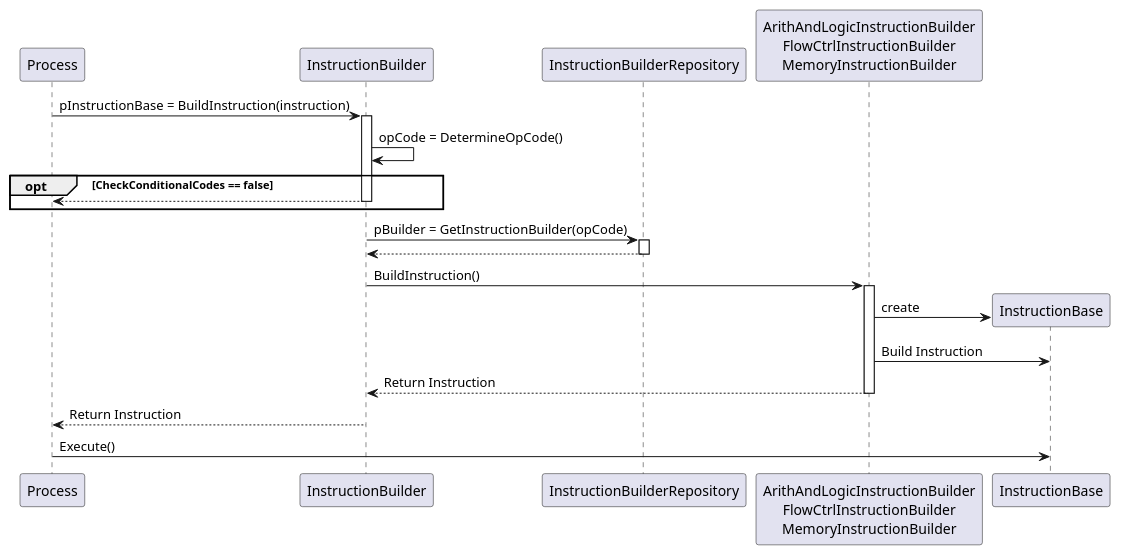
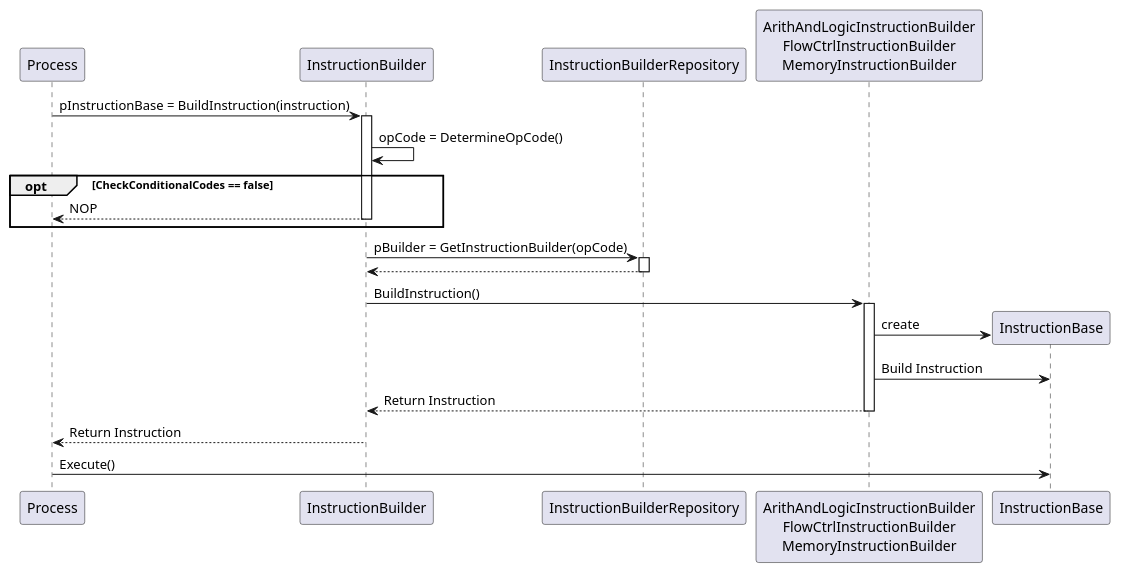
Before and after one commit to KaravolisL/ARM-ISA-Simulator: the first of 3 diagrams in docs/Instruction_Execution.md, drawn with PlantUML. The commit also changed other lines of this file and 32 other files, not shown here.

````diff
--- a/docs/Instruction_Execution.md
+++ b/docs/Instruction_Execution.md
@@ -3,33 +3,33 @@
 ```plantuml
 @startuml
 
 participant Process
 participant InstructionBuilder as IB
 participant InstructionBuilderRepository as IBR
 participant "ArithAndLogicInstructionBuilder\nFlowCtrlInstructionBuilder\nMemoryInstructionBuilder" as builders
 participant InstructionBase as base
 
 Process -> IB: pInstructionBase = BuildInstruction(instruction)
 activate IB
 
 IB -> IB: opCode = DetermineOpCode()
 
 opt CheckConditionalCodes == false
-return
+return NOP
 end
 
 IB -> IBR: pBuilder = GetInstructionBuilder(opCode)
 activate IBR
 return
 
 IB -> builders: BuildInstruction()
 activate builders
 builders -> base ** : create
 builders -> base: Build Instruction
 return Return Instruction
 IB --> Process: Return Instruction
 
 Process -> base: Execute()
 
 @enduml
 ```
````
